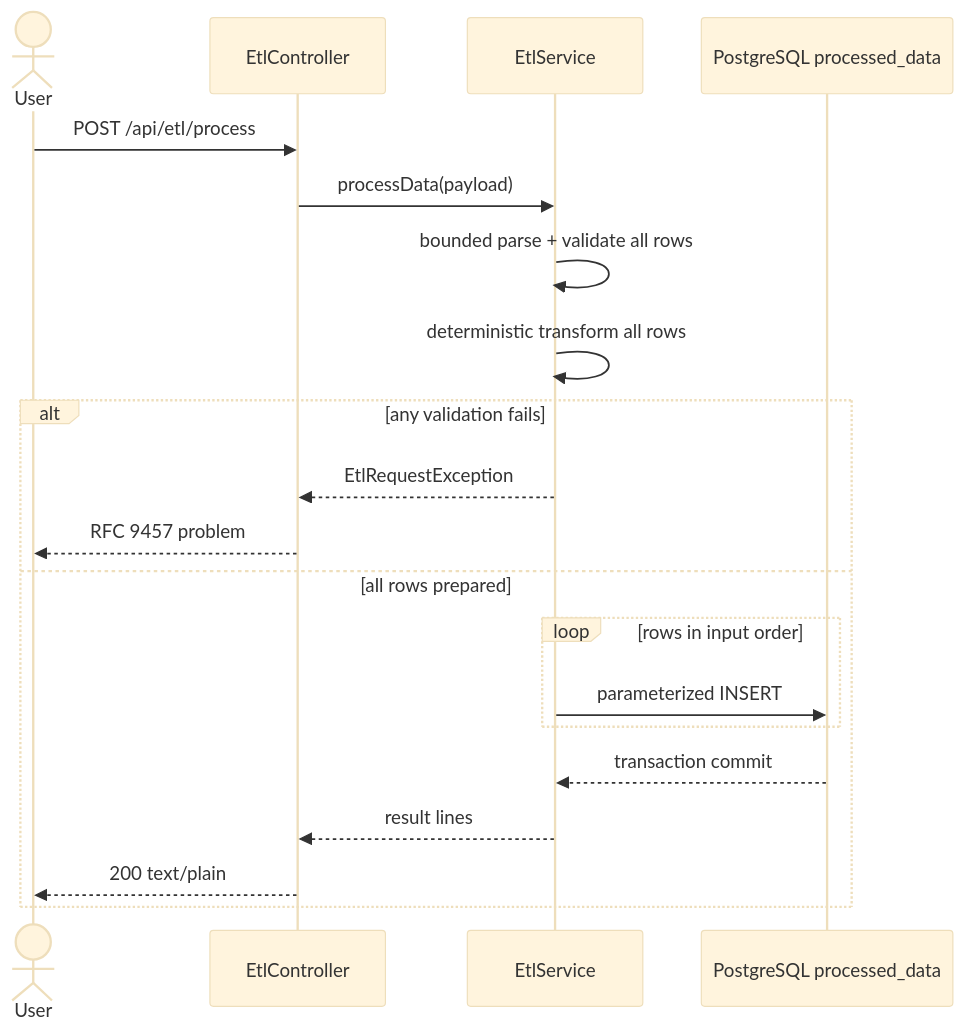
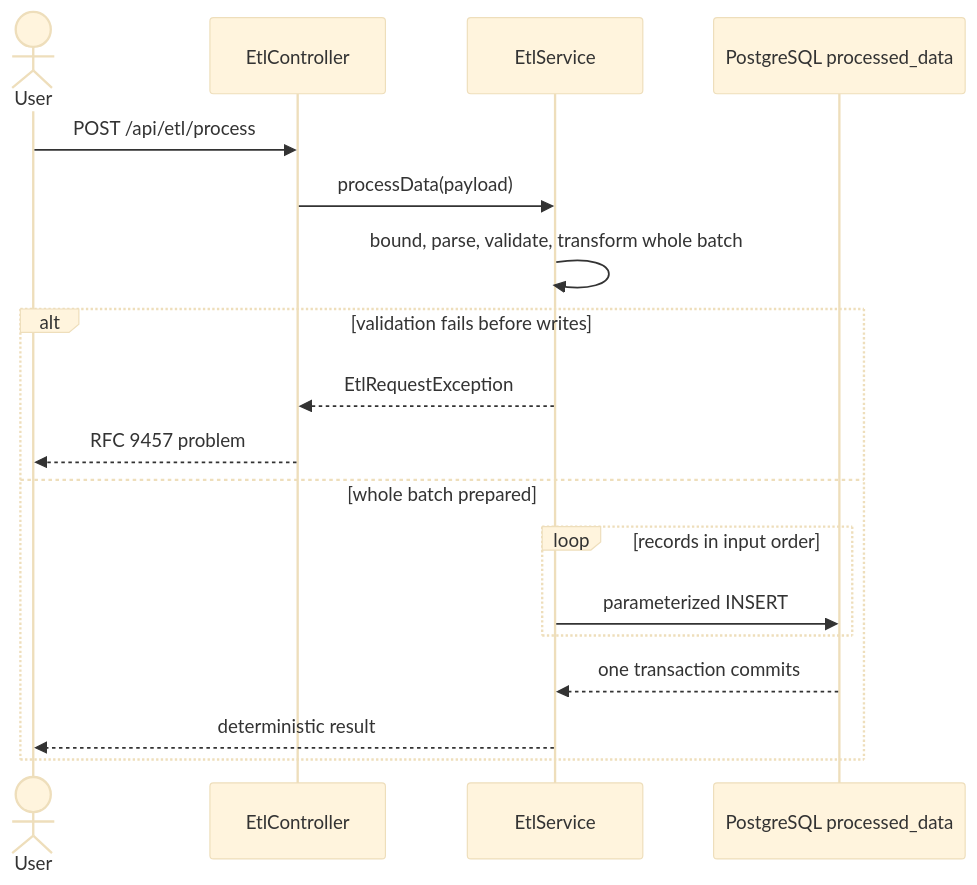
The second of 16 diagrams in docs/UML.md (ContextualWisdomLab/mightyETL), drawn with Mermaid (base theme) before and after one commit. The commit also changed other lines of this file, not shown here.

Commit message:
docs: add identity recovery DLT and release UML

````diff
--- a/docs/UML.md
+++ b/docs/UML.md
@@ -55,23 +50,21 @@
 ```mermaid
 sequenceDiagram
     actor User
     participant Controller as EtlController
     participant Service as EtlService
     participant Target as PostgreSQL processed_data
 
     User->>Controller: POST /api/etl/process
     Controller->>Service: processData(payload)
-    Service->>Service: bounded parse + validate all rows
-    Service->>Service: deterministic transform all rows
-    alt any validation fails
+    Service->>Service: bound, parse, validate, transform whole batch
+    alt validation fails before writes
         Service-->>Controller: EtlRequestException
         Controller-->>User: RFC 9457 problem
-    else all rows prepared
-        loop rows in input order
+    else whole batch prepared
+        loop records in input order
             Service->>Target: parameterized INSERT
         end
-        Target-->>Service: transaction commit
-        Service-->>Controller: result lines
-        Controller-->>User: 200 text/plain
+        Target-->>Service: one transaction commits
+        Service-->>User: deterministic result
     end
 ```
````
